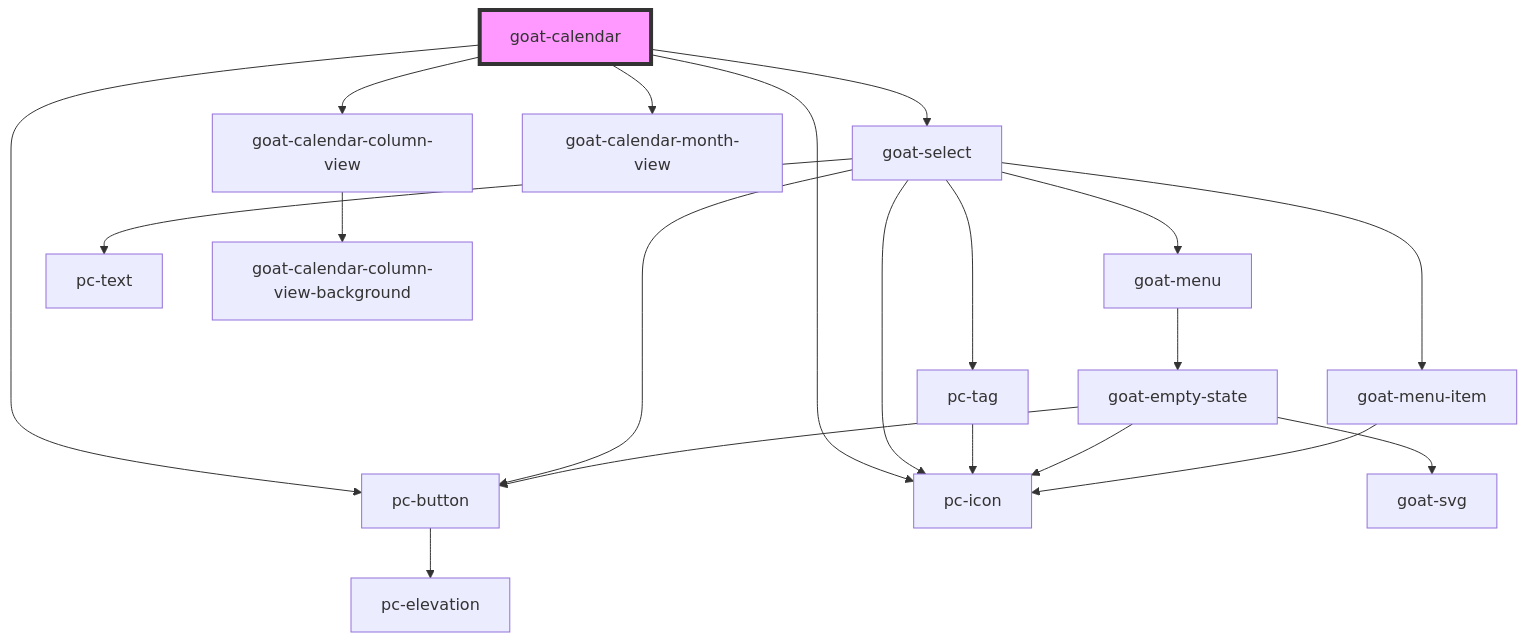
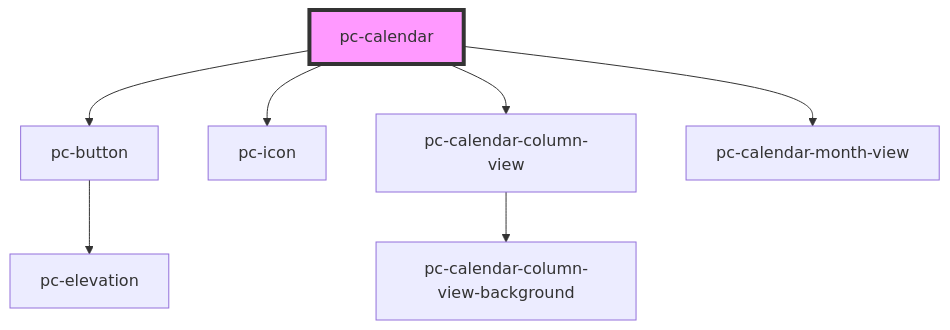
One commit to redvars/peacock changed the diagram in src/components/application/calendar/calendar/readme.md. Above: the diagram before and after it, drawn with Mermaid. The commit also changed other lines of this file and 299 other files, not shown here.

````diff
--- a/src/components/application/calendar/calendar/readme.md
+++ b/src/components/application/calendar/calendar/readme.md
@@ -39,23 +38,10 @@
 ```mermaid
 graph TD;
-  goat-calendar --> pc-button
-  goat-calendar --> pc-icon
-  goat-calendar --> goat-select
-  goat-calendar --> goat-calendar-column-view
-  goat-calendar --> goat-calendar-month-view
+  pc-calendar --> pc-button
+  pc-calendar --> pc-icon
+  pc-calendar --> pc-calendar-column-view
+  pc-calendar --> pc-calendar-month-view
   pc-button --> pc-elevation
-  goat-select --> pc-icon
-  goat-select --> pc-tag
-  goat-select --> pc-button
-  goat-select --> goat-menu
-  goat-select --> pc-text
-  goat-select --> goat-menu-item
-  pc-tag --> pc-icon
-  goat-menu --> goat-empty-state
-  goat-empty-state --> goat-svg
-  goat-empty-state --> pc-button
-  goat-empty-state --> pc-icon
-  goat-menu-item --> pc-icon
-  goat-calendar-column-view --> goat-calendar-column-view-background
-  style goat-calendar fill:#f9f,stroke:#333,stroke-width:4px
+  pc-calendar-column-view --> pc-calendar-column-view-background
+  style pc-calendar fill:#f9f,stroke:#333,stroke-width:4px
 ```
````
